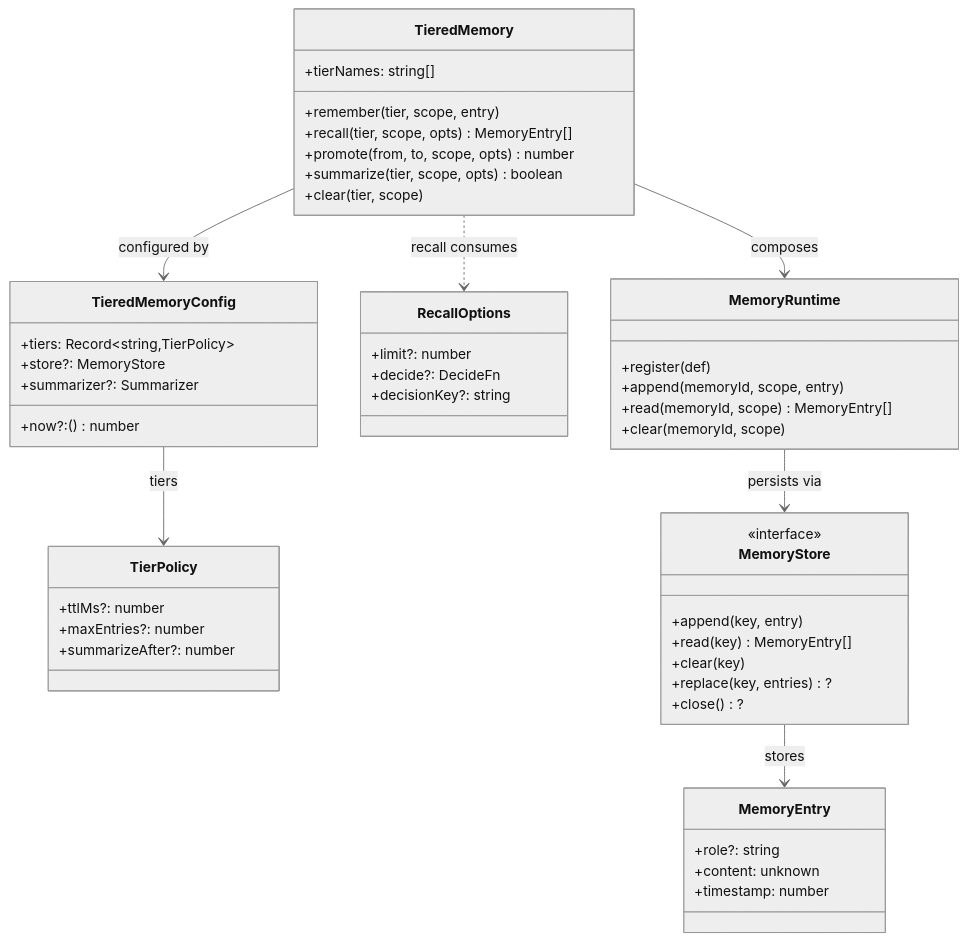
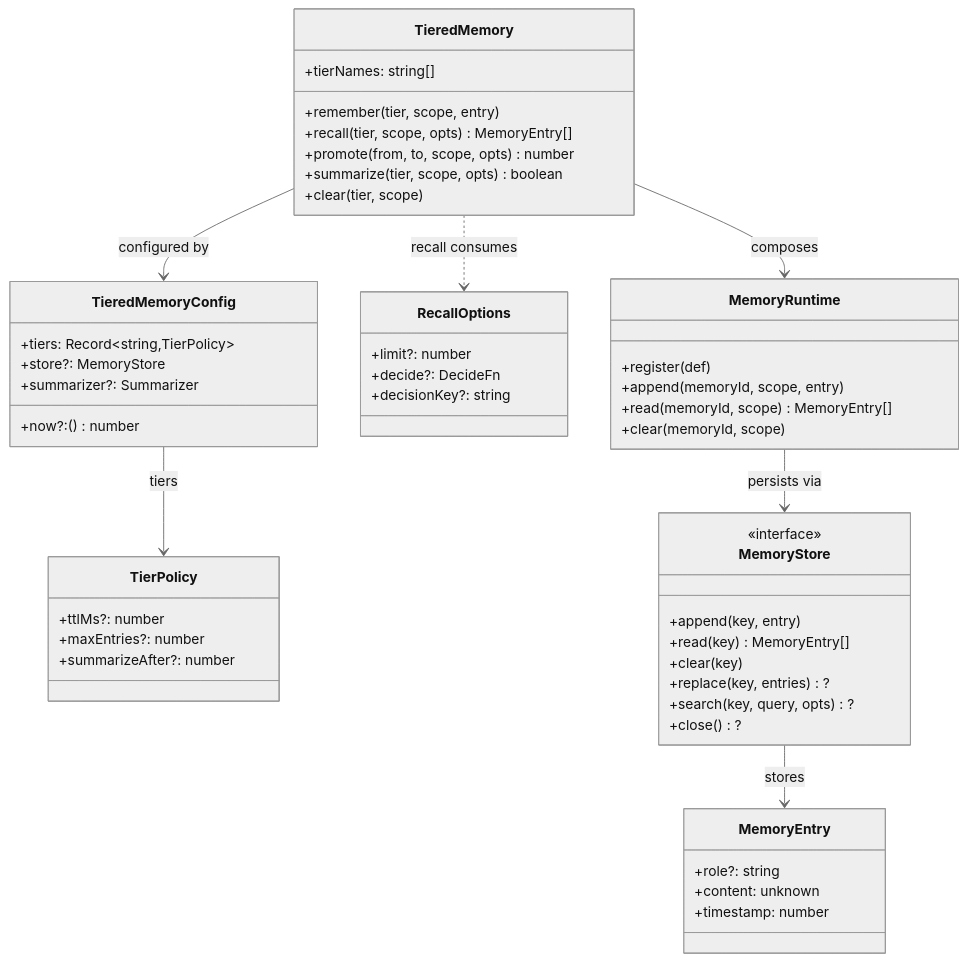
One commit to chhetrisushil/loom changed the fourth of 7 diagrams in docs/loom-2.0/02-reasoning-and-memory.md. Above: the diagram before and after it, drawn with Mermaid (neutral theme). The commit also changed other lines of this file and 18 other files, not shown here.

````diff
--- a/docs/loom-2.0/02-reasoning-and-memory.md
+++ b/docs/loom-2.0/02-reasoning-and-memory.md
@@ -352,53 +354,54 @@
 ```mermaid
 classDiagram
   class TieredMemory {
     +tierNames: string[]
     +remember(tier, scope, entry)
     +recall(tier, scope, opts) MemoryEntry[]
     +promote(from, to, scope, opts) number
     +summarize(tier, scope, opts) boolean
     +clear(tier, scope)
   }
   class TieredMemoryConfig {
     +tiers: Record~string,TierPolicy~
     +store?: MemoryStore
     +summarizer?: Summarizer
     +now?: () number
   }
   class TierPolicy {
     +ttlMs?: number
     +maxEntries?: number
     +summarizeAfter?: number
   }
   class RecallOptions {
     +limit?: number
     +decide?: DecideFn
     +decisionKey?: string
   }
   class MemoryRuntime {
     +register(def)
     +append(memoryId, scope, entry)
     +read(memoryId, scope) MemoryEntry[]
     +clear(memoryId, scope)
   }
   class MemoryStore {
     <<interface>>
     +append(key, entry)
     +read(key) MemoryEntry[]
     +clear(key)
     +replace(key, entries)?
+    +search(key, query, opts)?
     +close()?
   }
   class MemoryEntry {
     +role?: string
     +content: unknown
     +timestamp: number
   }
 
   TieredMemory --> TieredMemoryConfig : configured by
   TieredMemory --> MemoryRuntime : composes
   TieredMemoryConfig --> TierPolicy : tiers
   TieredMemory ..> RecallOptions : recall consumes
   MemoryRuntime --> MemoryStore : persists via
   MemoryStore --> MemoryEntry : stores
 ```
````
